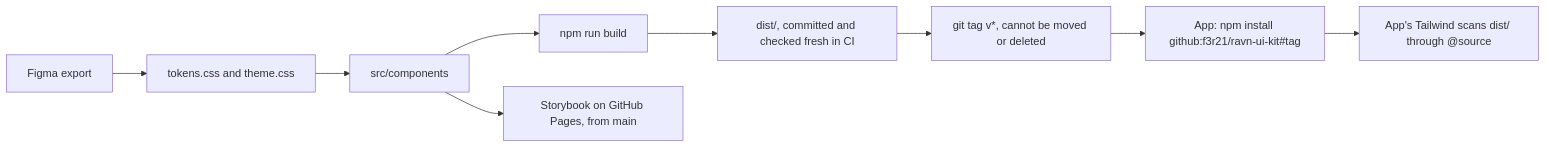
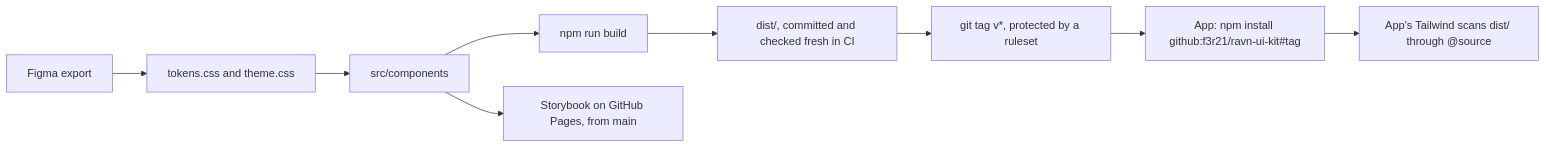
The diagram in docs/design.md (f3r21/ravn-ui-kit), drawn with Mermaid before and after one commit. The commit also changed 15 other files, not shown here.

````diff
--- a/docs/design.md
+++ b/docs/design.md
@@ -9,11 +9,11 @@
 ```mermaid
 flowchart LR
   F["Figma export"] --> T["tokens.css and theme.css"]
   T --> S["src/components"]
   S --> B["npm run build"]
   B --> D["dist/, committed and checked fresh in CI"]
-  D --> G["git tag v*, cannot be moved or deleted"]
+  D --> G["git tag v*, protected by a ruleset"]
   G --> A["App: npm install github:f3r21/ravn-ui-kit#tag"]
   A --> W["App's Tailwind scans dist/ through @source"]
   S --> SB["Storybook on GitHub Pages, from main"]
 ```
````
